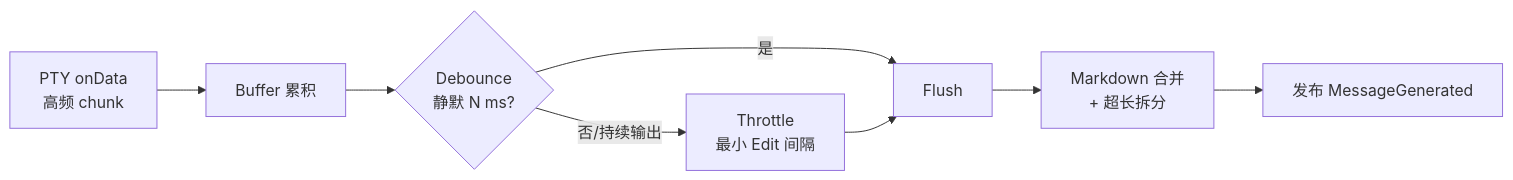
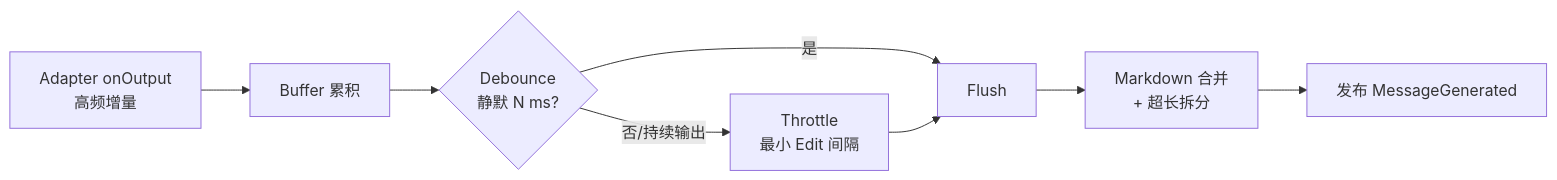
One commit to ygq-future/ai-cli-hub changed the fourth of 15 diagrams in docs/02-Architecture.md. Above: the diagram before and after it, drawn with Mermaid. The commit also changed other lines of this file and 7 other files, not shown here.

````diff
--- a/docs/02-Architecture.md
+++ b/docs/02-Architecture.md
@@ -204,10 +216,10 @@
 ```mermaid
 flowchart LR
-    PTY[PTY onData<br/>高频 chunk] --> BUF[Buffer 累积]
+    PTY[Adapter onOutput<br/>高频增量] --> BUF[Buffer 累积]
     BUF --> DEB{Debounce<br/>静默 N ms?}
     DEB -->|否/持续输出| THR[Throttle<br/>最小 Edit 间隔]
     DEB -->|是| FLUSH[Flush]
     THR --> FLUSH
     FLUSH --> MD[Markdown 合并<br/>+ 超长拆分]
     MD --> EV[发布 MessageGenerated]
 ```
````
